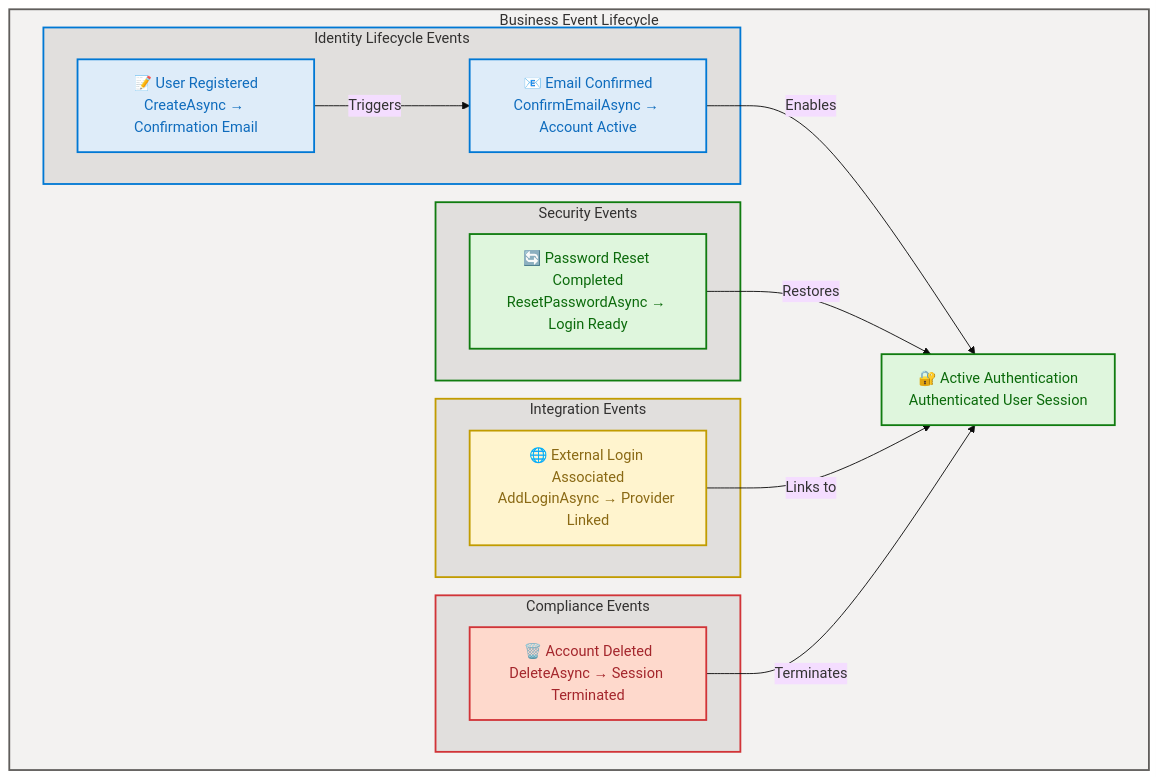
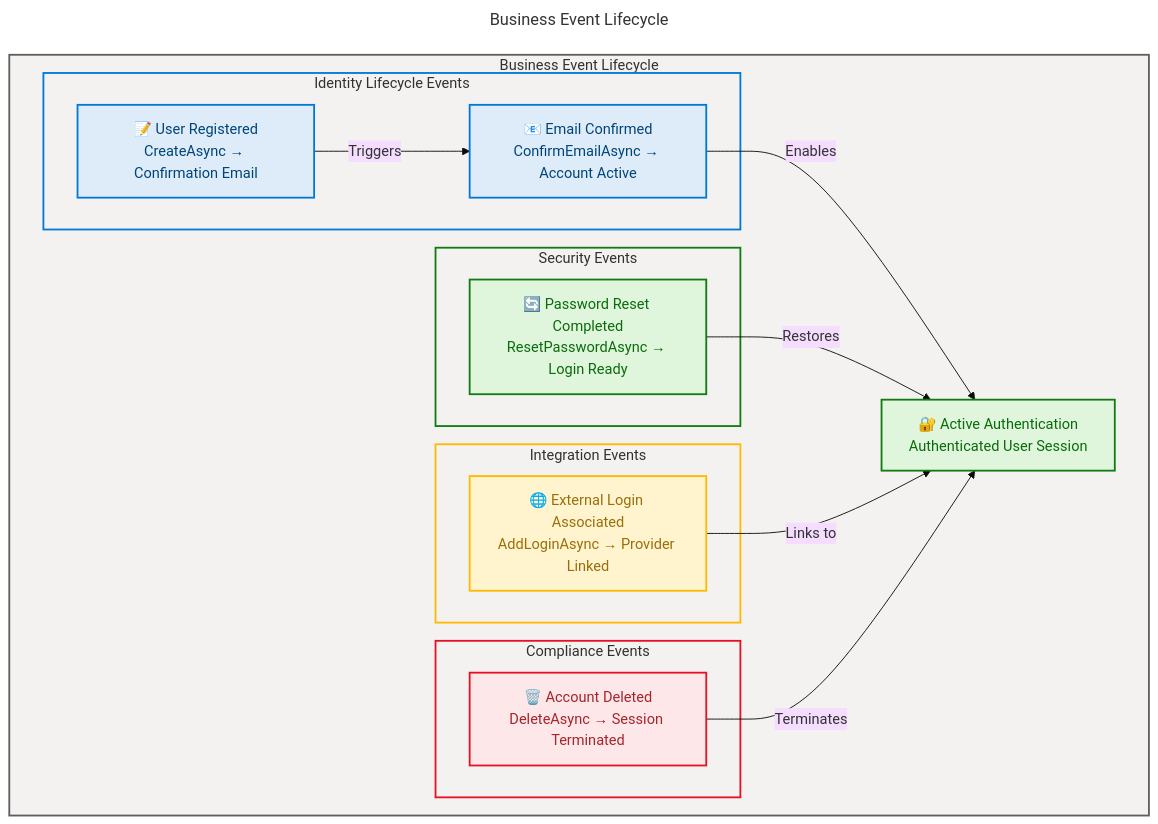
One commit to Evilazaro/IdentityProvider changed the seventh of 11 diagrams in docs/architecture/business-architecture.md. Above: the diagram before and after it, drawn with Mermaid.

Commit message:
Enhance Business Event Lifecycle diagram with improved semantic structure, accessibility features, and styling for better clarity in business architecture documentation

````diff
--- a/docs/architecture/business-architecture.md
+++ b/docs/architecture/business-architecture.md
@@ -935,52 +935,72 @@
 ```mermaid
 ---
+title: Business Event Lifecycle
 config:
   theme: base
   look: classic
   layout: dagre
   themeVariables:
     fontSize: '16px'
+  flowchart:
+    htmlLabels: true
 ---
 flowchart TD
     accTitle: Business Event Lifecycle — Contoso IdentityProvider
     accDescr: Shows the 5 business events with their triggers, processing, and outcomes across the identity lifecycle
+
+    %% ═══════════════════════════════════════════════════════════════
+    %% AZURE / FLUENT ARCHITECTURE PATTERN v1.1
+    %% Semantic + Structural + Font + Accessibility Governance
+    %% ═══════════════════════════════════════════════════════════════
+    %% PHASE 1 — STRUCTURAL: Direction explicit, nesting ≤ 3
+    %% PHASE 2 — SEMANTIC: Max 5 classes, neutral-first
+    %% PHASE 3 — FONT: Dark text on light backgrounds ≥ 4.5:1
+    %% PHASE 4 — ACCESSIBILITY: accTitle + accDescr + icons on all nodes
+    %% PHASE 5 — STANDARD: Governance block + classDefs centralized
+    %% ═══════════════════════════════════════════════════════════════
 
     subgraph main["Business Event Lifecycle"]
         subgraph lifecycle["Identity Lifecycle Events"]
             E1["📝 User Registered<br/>CreateAsync → Confirmation Email"]
             E2["📧 Email Confirmed<br/>ConfirmEmailAsync → Account Active"]
         end
 
         subgraph security["Security Events"]
             E3["🔄 Password Reset Completed<br/>ResetPasswordAsync → Login Ready"]
         end
 
         subgraph integration["Integration Events"]
             E4["🌐 External Login Associated<br/>AddLoginAsync → Provider Linked"]
         end
 
         subgraph compliance["Compliance Events"]
             E5["🗑️ Account Deleted<br/>DeleteAsync → Session Terminated"]
         end
 
         AUTH["🔐 Active Authentication<br/>Authenticated User Session"]
     end
 
     E1 -->|Triggers| E2
     E2 -->|Enables| AUTH
     E3 -->|Restores| AUTH
     E4 -->|Links to| AUTH
     E5 -->|Terminates| AUTH
 
+    %% Semantic classDefs
+    classDef core fill:#DEECF9,stroke:#0078D4,stroke-width:2px,color:#004578
+    classDef success fill:#DFF6DD,stroke:#107C10,stroke-width:2px,color:#0B6A0B
+    classDef warning fill:#FFF4CE,stroke:#FFB900,stroke-width:2px,color:#986F0B
+    classDef danger fill:#FDE7E9,stroke:#E81123,stroke-width:2px,color:#A4262C
+
+    class E1,E2 core
+    class E3,AUTH success
+    class E4 warning
+    class E5 danger
+
+    %% Subgraph styling
     style main fill:#F3F2F1,stroke:#605E5C,stroke-width:2px,color:#323130
-    style lifecycle fill:#E1DFDD,stroke:#0078D4,stroke-width:2px,color:#323130
-    style security fill:#E1DFDD,stroke:#107C10,stroke-width:2px,color:#323130
-    style integration fill:#E1DFDD,stroke:#C19C00,stroke-width:2px,color:#323130
-    style compliance fill:#E1DFDD,stroke:#D13438,stroke-width:2px,color:#323130
-    style E1 fill:#DEECF9,stroke:#0078D4,stroke-width:2px,color:#0F6CBD
-    style E2 fill:#DEECF9,stroke:#0078D4,stroke-width:2px,color:#0F6CBD
-    style E3 fill:#DFF6DD,stroke:#107C10,stroke-width:2px,color:#0B6A0B
-    style E4 fill:#FFF4CE,stroke:#C19C00,stroke-width:2px,color:#8A6914
-    style E5 fill:#FED9CC,stroke:#D13438,stroke-width:2px,color:#A4262C
-    style AUTH fill:#DFF6DD,stroke:#107C10,stroke-width:2px,color:#0B6A0B
+    style lifecycle fill:#F3F2F1,stroke:#0078D4,stroke-width:2px,color:#323130
+    style security fill:#F3F2F1,stroke:#107C10,stroke-width:2px,color:#323130
+    style integration fill:#F3F2F1,stroke:#FFB900,stroke-width:2px,color:#323130
+    style compliance fill:#F3F2F1,stroke:#E81123,stroke-width:2px,color:#323130
 ```
````
